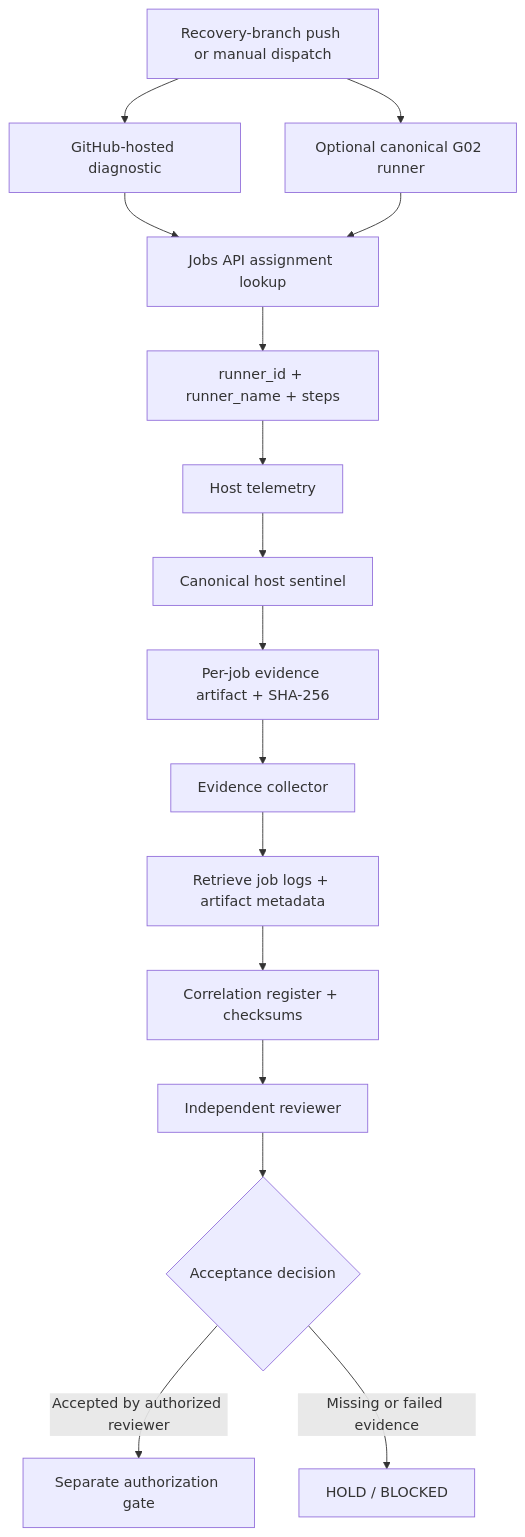
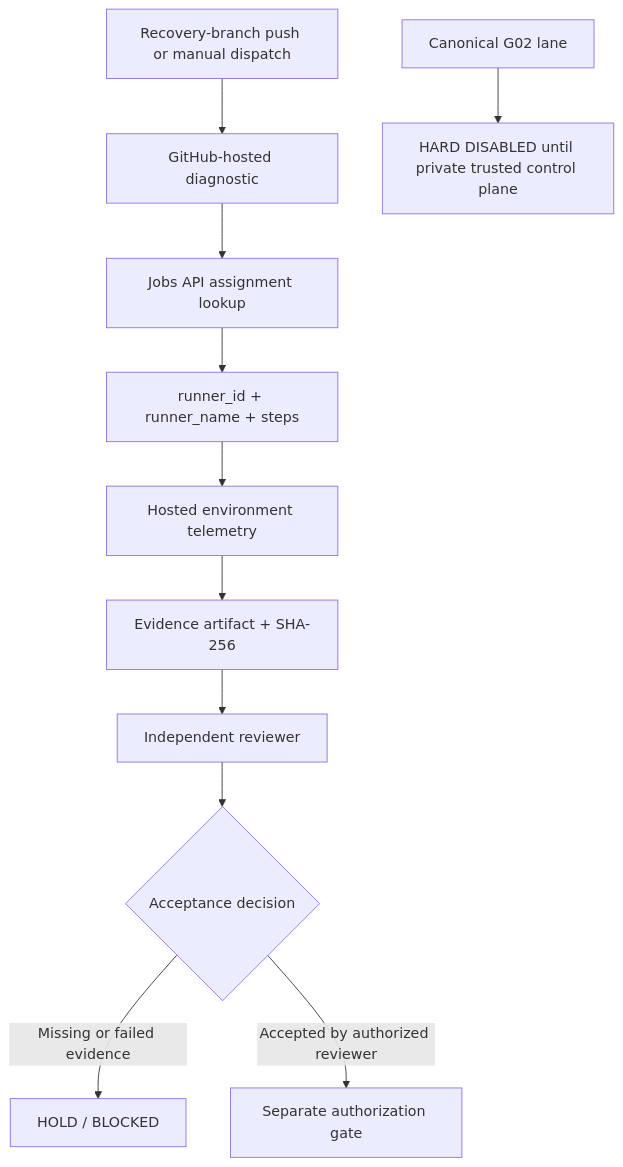
Before and after one commit to thelingolegacy-blip/TheLingoLegacy: the diagram in docs/g02/evidence-and-acceptance-design.md, drawn with Mermaid. The commit also changed other lines of this file, not shown here.

Commit message:
docs(g02): document hard security hold on canonical runner

````diff
--- a/docs/g02/evidence-and-acceptance-design.md
+++ b/docs/g02/evidence-and-acceptance-design.md
@@ -12,18 +22,13 @@
 ```mermaid
 flowchart TD
   A[Recovery-branch push or manual dispatch] --> B[GitHub-hosted diagnostic]
-  A --> C[Optional canonical G02 runner]
-  B --> D[Jobs API assignment lookup]
-  C --> D
-  D --> E[runner_id + runner_name + steps]
-  E --> F[Host telemetry]
-  F --> G[Canonical host sentinel]
-  G --> H[Per-job evidence artifact + SHA-256]
-  H --> I[Evidence collector]
-  I --> J[Retrieve job logs + artifact metadata]
-  J --> K[Correlation register + checksums]
-  K --> L[Independent reviewer]
-  L --> M{Acceptance decision}
-  M -->|Accepted by authorized reviewer| N[Separate authorization gate]
-  M -->|Missing or failed evidence| O[HOLD / BLOCKED]
+  B --> C[Jobs API assignment lookup]
+  C --> D[runner_id + runner_name + steps]
+  D --> E[Hosted environment telemetry]
+  E --> F[Evidence artifact + SHA-256]
+  F --> G[Independent reviewer]
+  G --> H{Acceptance decision}
+  H -->|Missing or failed evidence| I[HOLD / BLOCKED]
+  H -->|Accepted by authorized reviewer| J[Separate authorization gate]
+  K[Canonical G02 lane] --> L[HARD DISABLED until private trusted control plane]
 ```
````
